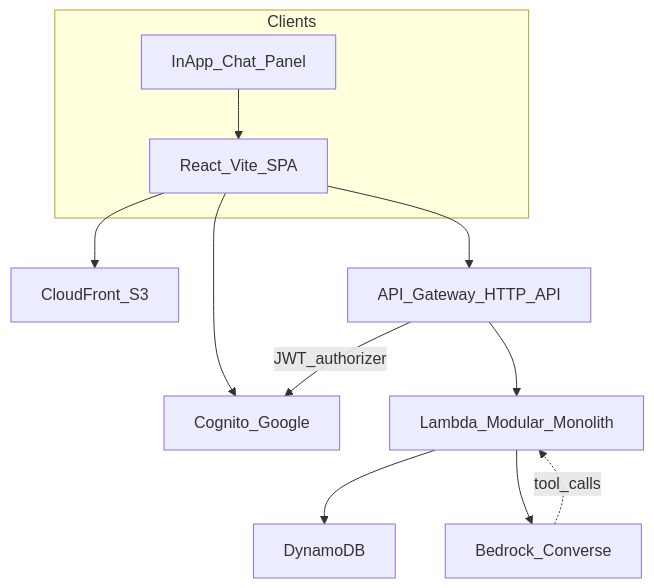
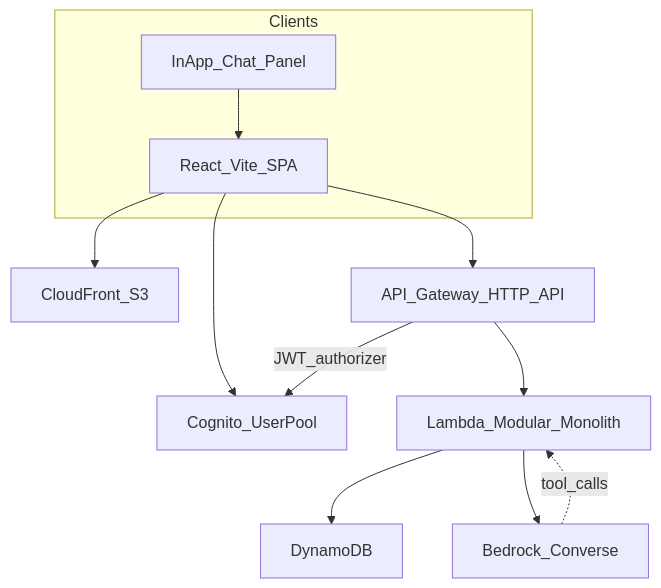
The diagram in docs/project-technical-requirements.md (jaganathan-vinod/smartshop), drawn with Mermaid before and after one commit. The commit also changed other lines of this file and 8 other files, not shown here.

First line of the commit message:
Switch auth to Cognito User Pool email and password with signup.

````diff
--- a/docs/project-technical-requirements.md
+++ b/docs/project-technical-requirements.md
@@ -28,24 +28,24 @@
 ```mermaid
 flowchart TB
   subgraph clients [Clients]
     SPA[React_Vite_SPA]
     ChatUI[InApp_Chat_Panel]
   end
 
   CF[CloudFront_S3]
   APIGW[API_Gateway_HTTP_API]
-  Cognito[Cognito_Google]
+  Cognito[Cognito_UserPool]
   Lambda[Lambda_Modular_Monolith]
   DDB[DynamoDB]
   Bedrock[Bedrock_Converse]
 
   SPA --> CF
   ChatUI --> SPA
   SPA --> Cognito
   SPA --> APIGW
   APIGW --> Lambda
   APIGW -->|JWT_authorizer| Cognito
   Lambda --> DDB
   Lambda --> Bedrock
   Bedrock -.->|tool_calls| Lambda
 ```
````
